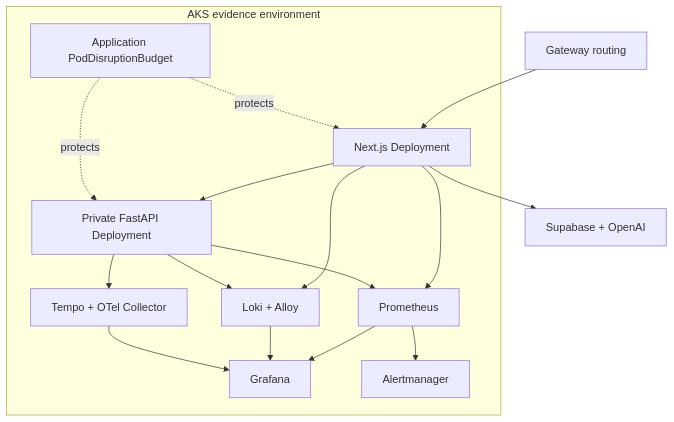
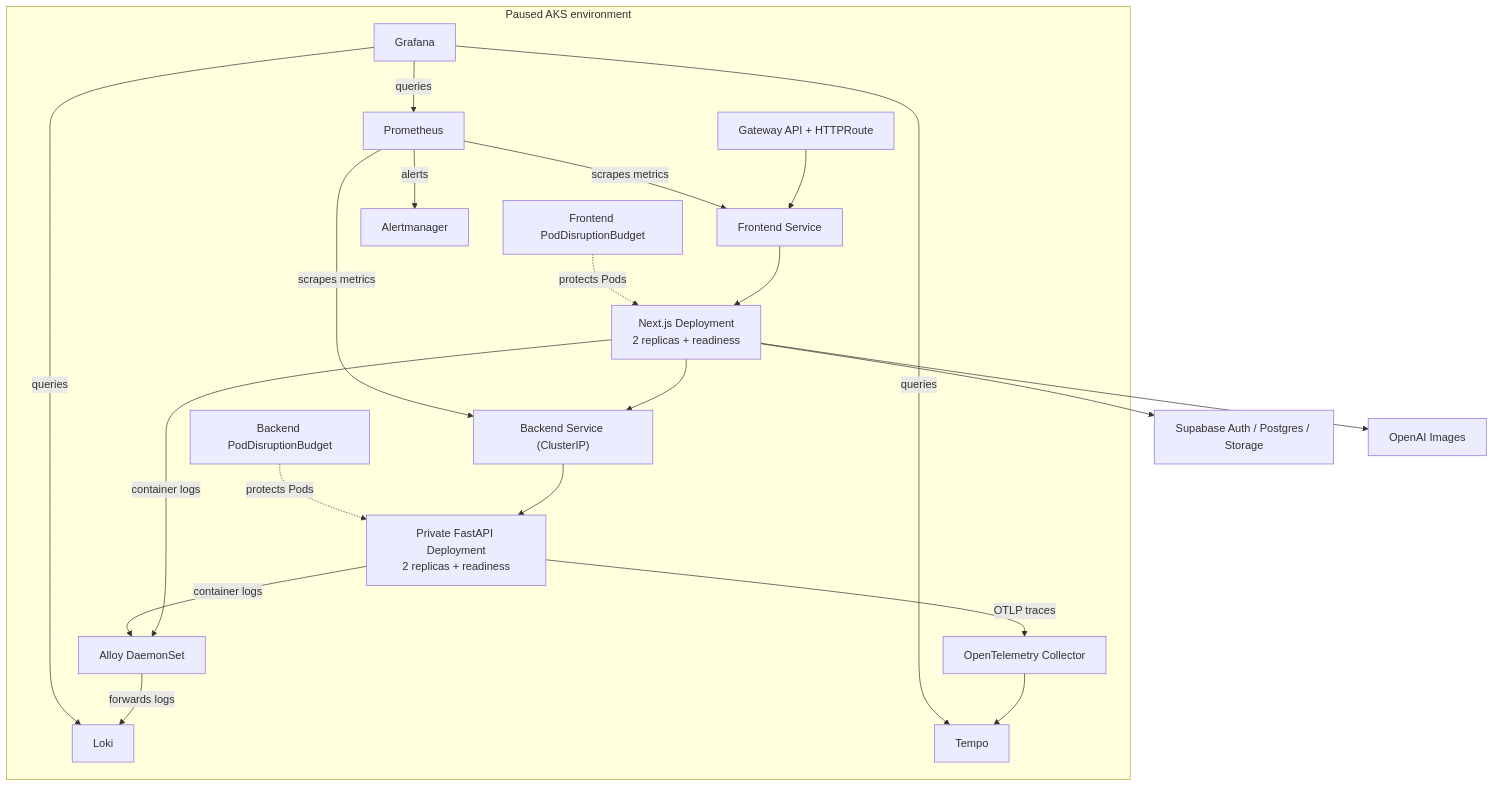
The third of 3 diagrams in docs/technical-case-study.md (hzzcoding/SlowChrome-Showcase), drawn with Mermaid before and after one commit. The commit also changed other lines of this file and 10 other files, not shown here.

````diff
--- a/docs/technical-case-study.md
+++ b/docs/technical-case-study.md
@@ -118,28 +141,36 @@
 ```mermaid
 flowchart TD
-    gateway["Gateway routing"] --> frontend["Next.js Deployment"]
-    frontend --> backend["Private FastAPI Deployment"]
-    frontend --> external["Supabase + OpenAI"]
+    subgraph cluster["Paused AKS environment"]
+        gateway["Gateway API + HTTPRoute"] --> frontendSvc["Frontend Service"]
+        frontendSvc --> frontend["Next.js Deployment\n2 replicas + readiness"]
+        frontend --> backendSvc["Backend Service (ClusterIP)"]
+        backendSvc --> backend["Private FastAPI Deployment\n2 replicas + readiness"]
 
-    subgraph cluster["AKS evidence environment"]
         frontend
         backend
-        pdb["Application PodDisruptionBudget"]
+        frontendPdb["Frontend PodDisruptionBudget"]
+        backendPdb["Backend PodDisruptionBudget"]
         prom["Prometheus"]
         grafana["Grafana"]
-        loki["Loki + Alloy"]
-        tempo["Tempo + OTel Collector"]
+        alloy["Alloy DaemonSet"]
+        loki["Loki"]
+        collector["OpenTelemetry Collector"]
+        tempo["Tempo"]
         am["Alertmanager"]
-        frontend --> prom
-        backend --> prom
-        frontend --> loki
-        backend --> loki
-        backend --> tempo
+        frontendPdb -. protects Pods .-> frontend
+        backendPdb -. protects Pods .-> backend
+        prom -->|scrapes metrics| frontendSvc
+        prom -->|scrapes metrics| backendSvc
+        frontend -->|container logs| alloy
+        backend -->|container logs| alloy
+        alloy -->|forwards logs| loki
+        backend -->|OTLP traces| collector
+        collector --> tempo
+        grafana -->|queries| prom
+        grafana -->|queries| loki
+        grafana -->|queries| tempo
+        prom -->|alerts| am
     end
-    prom --> grafana
-    loki --> grafana
-    tempo --> grafana
-    prom --> am
-    pdb -. protects .-> frontend
-    pdb -. protects .-> backend
+    frontend --> supabase["Supabase Auth / Postgres / Storage"]
+    frontend --> openai["OpenAI Images"]
 ```
````
